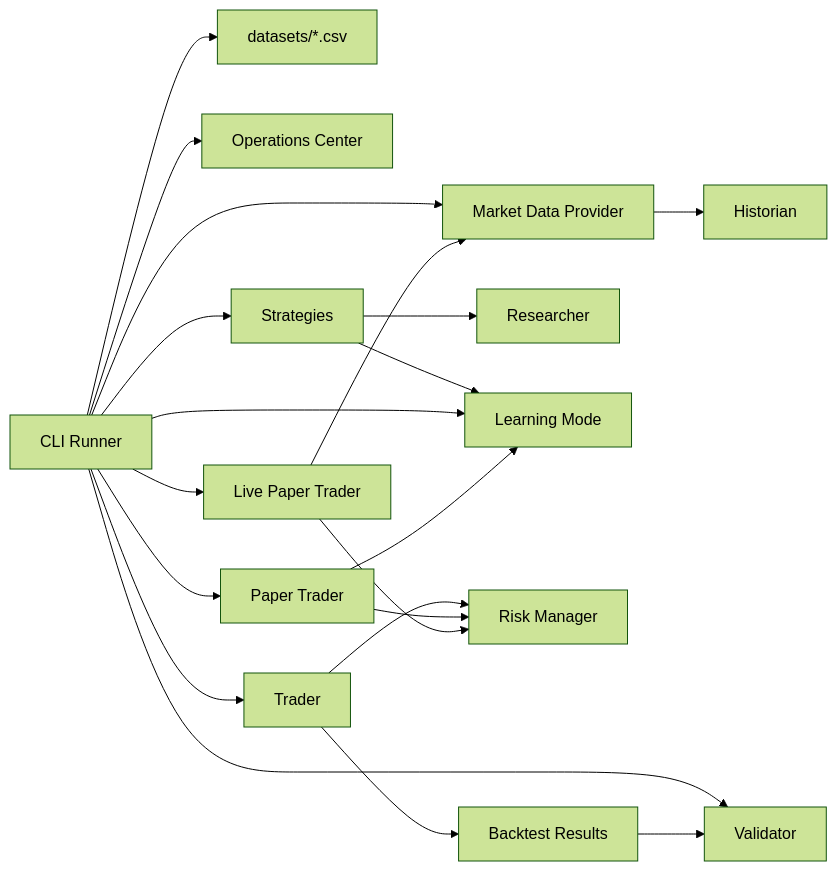
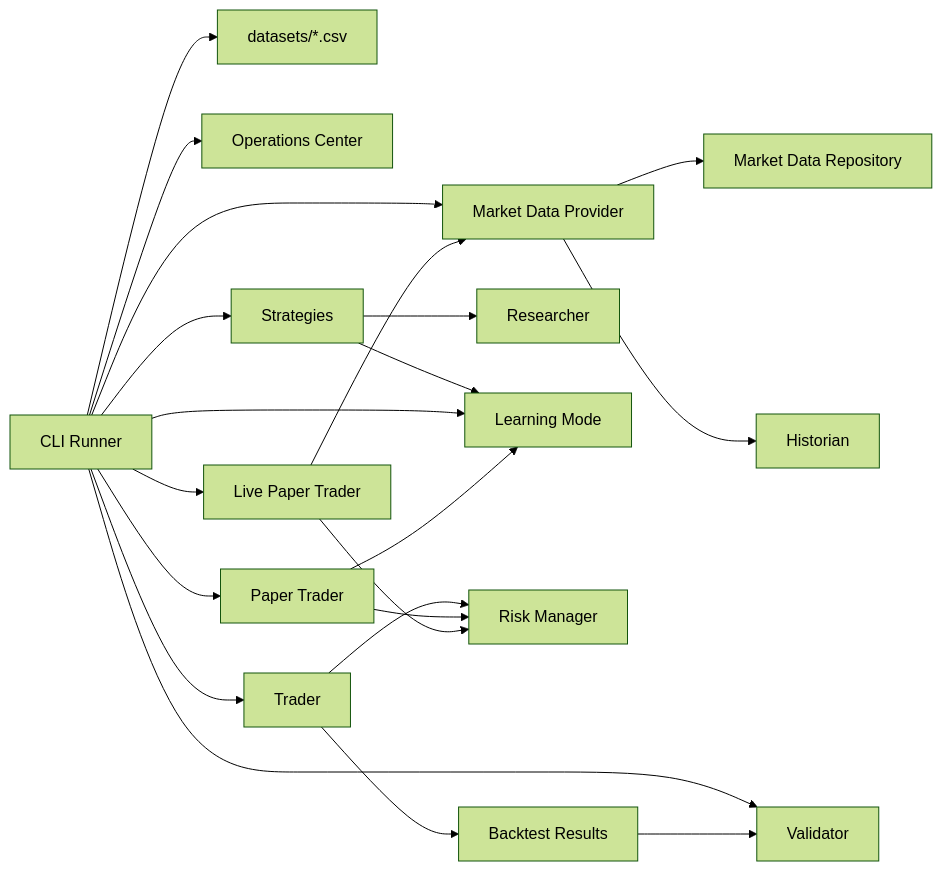
The diagram in ARCHITECTURE.md (lumenXV/PTB-1), drawn with Mermaid (forest theme) before and after one commit. The commit also changed other lines of this file and 8 other files, not shown here.

Commit message:
Add market data reliability layer

````diff
--- a/ARCHITECTURE.md
+++ b/ARCHITECTURE.md
@@ -15,22 +15,23 @@
 ```mermaid
 flowchart LR
     CLI["CLI Runner"] --> DatasetFiles["datasets/*.csv"]
     CLI --> Operations["Operations Center"]
     CLI --> MarketData["Market Data Provider"]
+    MarketData --> MarketRepo["Market Data Repository"]
     MarketData --> Historian["Historian"]
     CLI --> Strategies["Strategies"]
     Strategies --> Researcher["Researcher"]
     Strategies --> Learning["Learning Mode"]
     CLI --> Learning
     CLI --> Trader["Trader"]
     CLI --> Paper["Paper Trader"]
     CLI --> LivePaper["Live Paper Trader"]
     Trader --> RiskManager["Risk Manager"]
     Paper --> RiskManager
     LivePaper --> RiskManager
     LivePaper --> MarketData
     Paper --> Learning
     Trader --> Result["Backtest Results"]
     CLI --> Validator["Validator"]
     Result --> Validator
 ```
````
